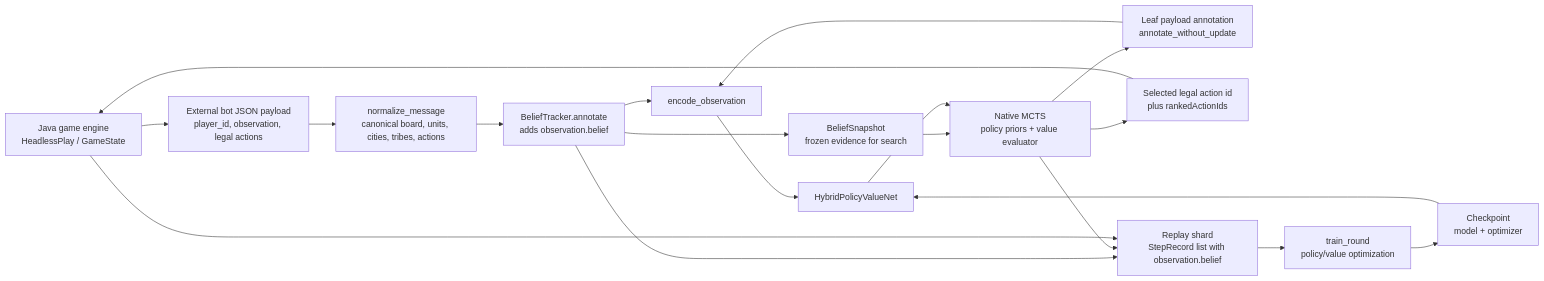
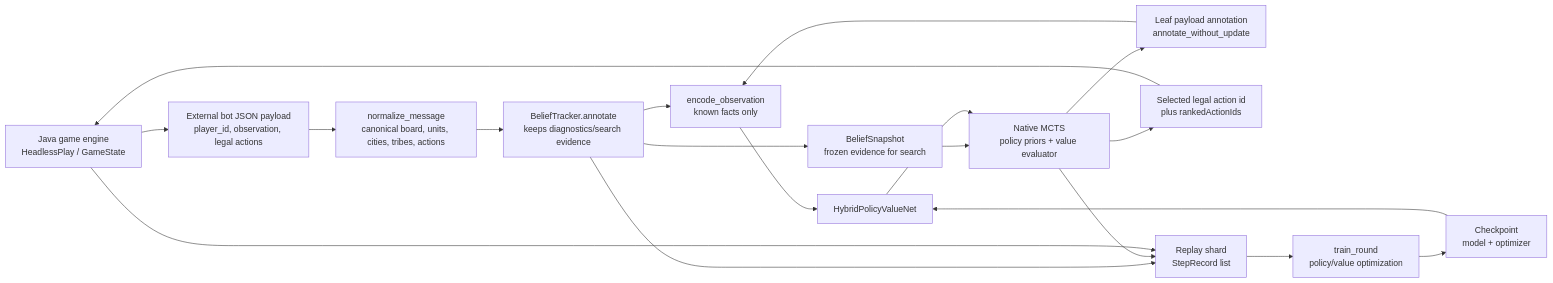
Before and after one commit to aHighHooman/MCTS-Topia: the first of 5 diagrams in docs/hybrid-rl-model-architecture.md, drawn with Mermaid. The commit also changed other lines of this file and 9 other files, not shown here.

````diff
--- a/docs/hybrid-rl-model-architecture.md
+++ b/docs/hybrid-rl-model-architecture.md
@@ -26,26 +27,26 @@
 ```mermaid
 flowchart LR
     JavaGame["Java game engine<br/>HeadlessPlay / GameState"]
     Payload["External bot JSON payload<br/>player_id, observation, legal actions"]
     Normalize["normalize_message<br/>canonical board, units, cities, tribes, actions"]
-    Belief["BeliefTracker.annotate<br/>adds observation.belief"]
-    Encode["encode_observation"]
+    Belief["BeliefTracker.annotate<br/>keeps diagnostics/search evidence"]
+    Encode["encode_observation<br/>known facts only"]
     Model["HybridPolicyValueNet"]
     Snapshot["BeliefSnapshot<br/>frozen evidence for search"]
     MCTS["Native MCTS<br/>policy priors + value evaluator"]
     LeafBelief["Leaf payload annotation<br/>annotate_without_update"]
     Action["Selected legal action id<br/>plus rankedActionIds"]
-    Replay["Replay shard<br/>StepRecord list with observation.belief"]
+    Replay["Replay shard<br/>StepRecord list"]
     Train["train_round<br/>policy/value optimization"]
     Checkpoint["Checkpoint<br/>model + optimizer"]
 
     JavaGame --> Payload --> Normalize --> Belief --> Encode --> Model
     Belief --> Snapshot --> MCTS
     Model --> MCTS --> Action --> JavaGame
     MCTS --> LeafBelief --> Encode
     Belief --> Replay
     MCTS --> Replay
     JavaGame --> Replay
     Replay --> Train --> Checkpoint
     Checkpoint --> Model
 ```
````
